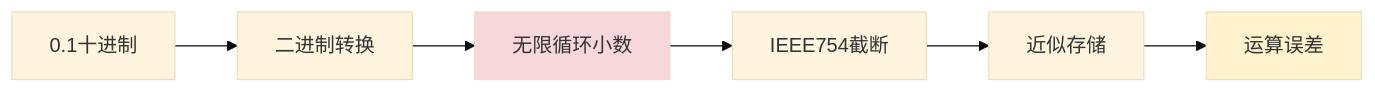
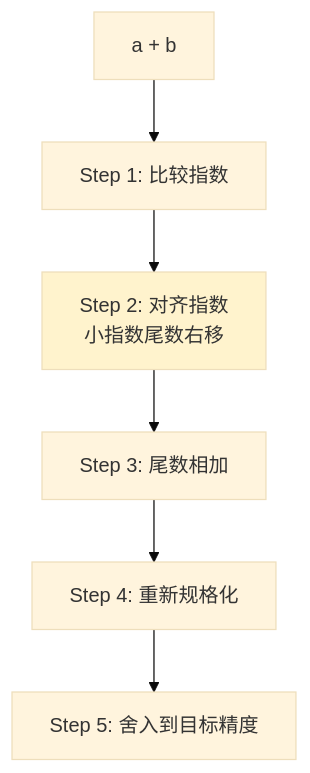
One commit to chongyang211/YCBookBlog changed diagram 14 of 24 in 00.通用技术的提升/02.程序编程原理/02.浮点型数据设计灵魂.md. Above: the diagram before and after it, drawn with Mermaid (base theme). The commit also changed other lines of this file and 21 other files, not shown here.

````diff
--- a/00.通用技术的提升/02.程序编程原理/02.浮点型数据设计灵魂.md
+++ b/00.通用技术的提升/02.程序编程原理/02.浮点型数据设计灵魂.md
@@ -255,11 +1172,10 @@
 ```mermaid
-graph LR
-    A[0.1十进制] --> B[二进制转换]
-    B --> C[无限循环小数]
-    C --> D[IEEE754截断]
-    D --> E[近似存储]
-    E --> F[运算误差]
+flowchart TB
+    A[a + b] --> B[Step 1: 比较指数]
+    B --> C[Step 2: 对齐指数<br/>小指数尾数右移]
+    C --> D[Step 3: 尾数相加]
+    D --> E[Step 4: 重新规格化]
+    E --> F[Step 5: 舍入到目标精度]
     
-    style C fill:#f8d7da
-    style F fill:#fff3cd
+    style C fill:#fff3cd
 ```
````
